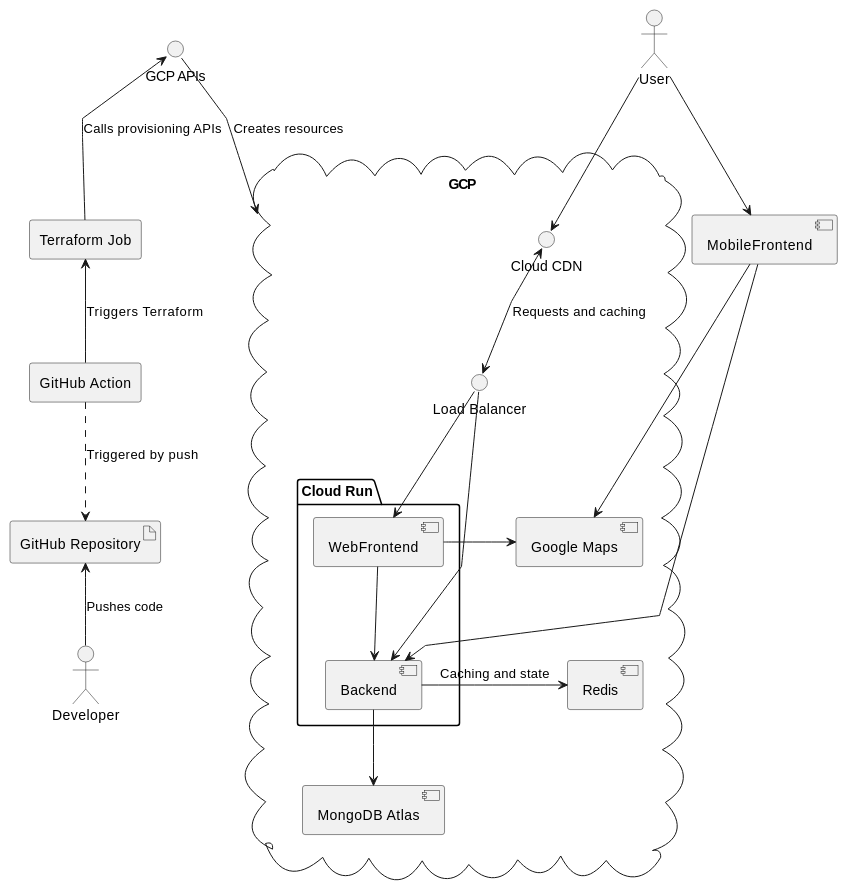
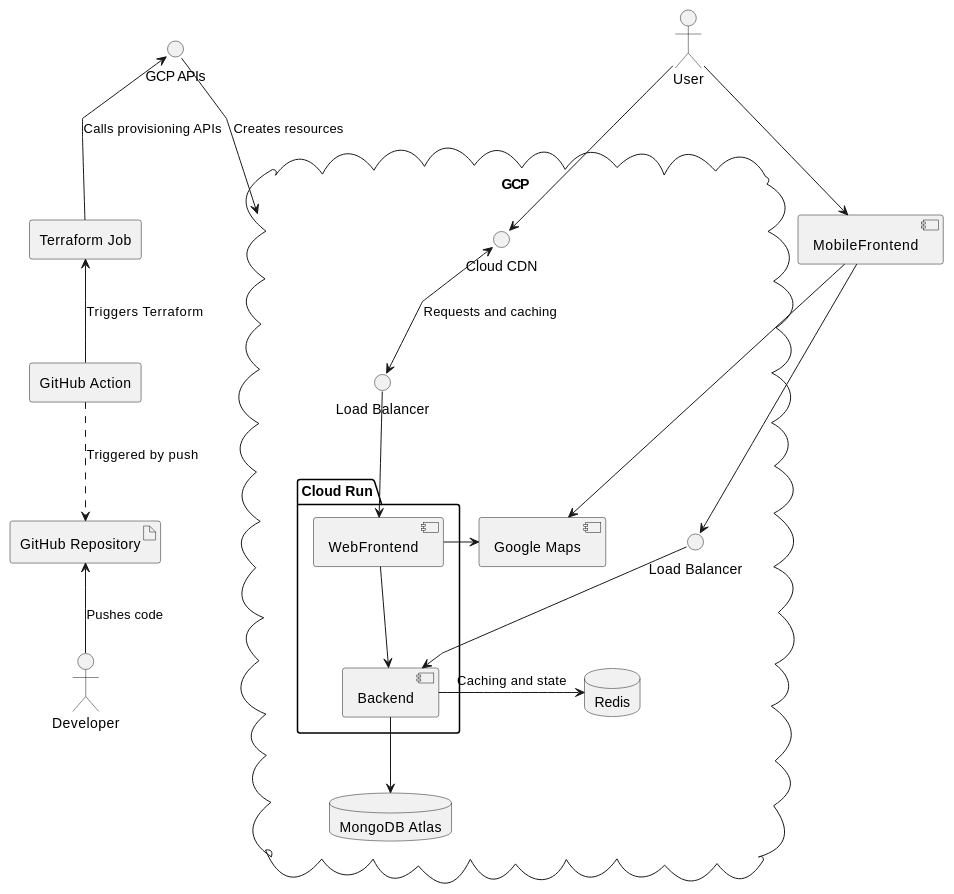
The diagram in docs/architecture.md (devantler/nidam16-gcp-cloud-project), drawn with PlantUML before and after one commit. The commit also changed 6 other files, not shown here.

Commit message:
Push terraform stuff

````diff
--- a/docs/architecture.md
+++ b/docs/architecture.md
@@ -8,49 +8,49 @@
 ```plantuml
 @startuml
 skinparam linetype polyline
 
 ' Entities
 actor User
 actor Developer
 
 artifact "GitHub Repository"
-agent "GitHub Action"
-agent "Terraform Job"
+agent "GitHub Action" as gha
+agent "Terraform Job" as iac
 
-interface "GCP APIs"
+interface "GCP APIs" as gcpapis
 cloud GCP {
-    interface "Cloud CDN"
-    interface "Load Balancer"
+    interface "Cloud CDN" as cdn
+    interface "Load Balancer" as lb1
+    interface "Load Balancer" as lb2
     package "Cloud Run" {
         [WebFrontend]
         [Backend]
     }
-    [MongoDB Atlas]
-    [Redis]
+    database "MongoDB Atlas" as mongo
+    database Redis
     [Google Maps]
 }
 [MobileFrontend]
 
 ' Relations
 Developer -up-> [GitHub Repository]: Pushes code
-User --> "Cloud CDN"
+User --> cdn
 User --> MobileFrontend
 
-[GitHub Repository] <.up. "GitHub Action" : Triggered by push
-"GitHub Action" -up-> "Terraform Job" : Triggers Terraform
-"Terraform Job" -up-> "GCP APIs": Calls provisioning APIs
-"GCP APIs" --> GCP: Creates resources
+[GitHub Repository] <.up. gha : Triggered by push
+gha -up-> iac : Triggers Terraform
+iac -up-> gcpapis: Calls provisioning APIs
+gcpapis --> GCP: Creates resources
 
-"Cloud CDN" <--> "Load Balancer" : Requests and caching
-"Load Balancer" --> WebFrontend
-"Load Balancer" --> Backend
+cdn <--> lb1 : Requests and caching
+lb1 --> WebFrontend
+lb2 --> Backend
 WebFrontend --> Backend
-MobileFrontend ---> Backend
+MobileFrontend ---> lb2
 WebFrontend -right-> [Google Maps]
 MobileFrontend ---> [Google Maps]
 
-Backend --> "MongoDB Atlas"
+Backend --> mongo
 Backend -right-> Redis : Caching and state
-
 @enduml
 ```
````
